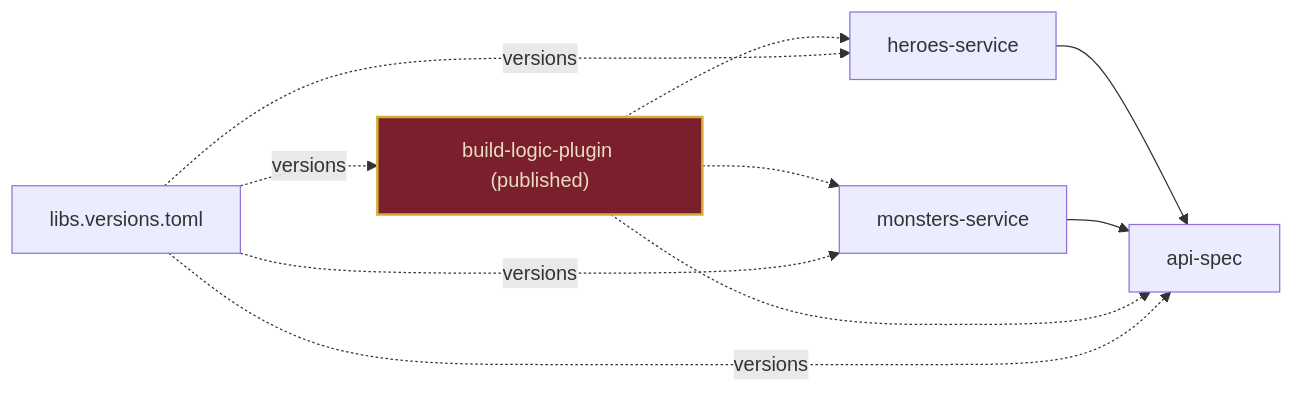
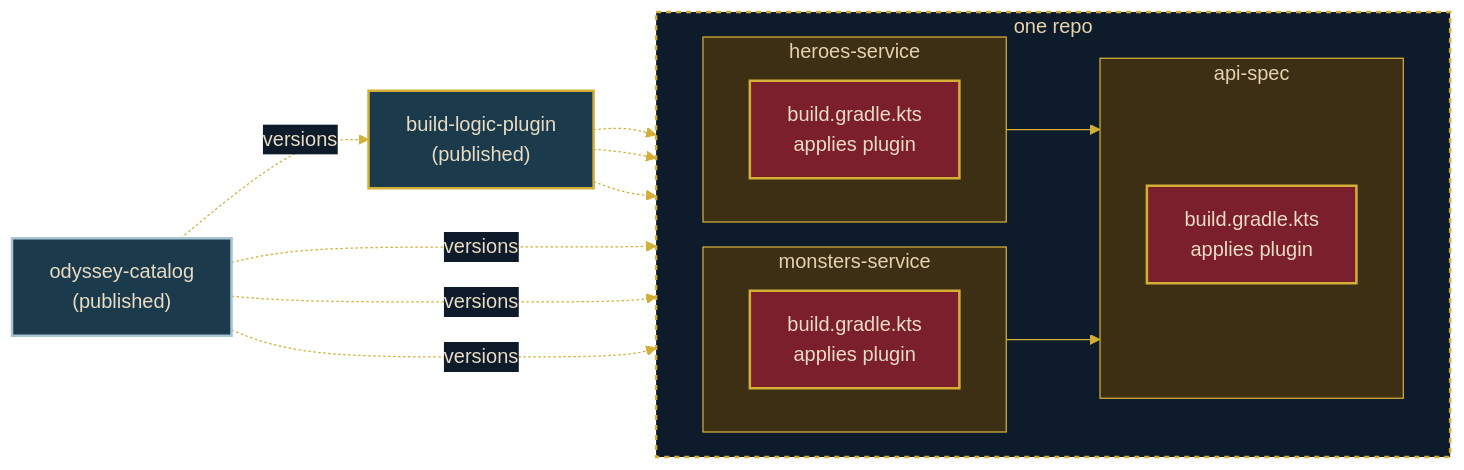
Before and after one commit to Marthijs-Berfelo/the-gradle-odyssey: the diagram in slides/pages/05-ithaca-regained.md, drawn with Mermaid. The commit also changed other lines of this file and 6 other files, not shown here.

First line of the commit message:
feat: add stage footers, journey-complete slide, and redesign schematic diagrams

````diff
--- a/slides/pages/05-ithaca-regained.md
+++ b/slides/pages/05-ithaca-regained.md
@@ -31,14 +35,41 @@
-```mermaid {theme: 'dark', scale: 0.8}
+```mermaid {scale: 0.75}
+%%{init: {'theme': 'base', 'themeVariables': {
+  'primaryColor': '#3d2f14',
+  'primaryTextColor': '#e8dcc4',
+  'primaryBorderColor': '#d4af37',
+  'lineColor': '#d4af37',
+  'edgeLabelBackground': '#0d1b2a',
+  'fontFamily': 'Georgia, serif'
+}}}%%
 flowchart LR
-    heroes["heroes-service"] --> apispec["api-spec"]
-    monsters["monsters-service"] --> apispec
-    plugin["build-logic-plugin (published)"]:::external -.-> heroes
-    plugin -.-> monsters
-    plugin -.-> apispec
-    catalog["libs.versions.toml"] -.->|versions| heroes
-    catalog -.->|versions| monsters
-    catalog -.->|versions| apispec
+    subgraph repo["one repo"]
+        direction LR
+        subgraph h["heroes-service"]
+            hb["build.gradle.kts<br/>applies plugin"]:::config
+        end
+        subgraph m["monsters-service"]
+            mb["build.gradle.kts<br/>applies plugin"]:::config
+        end
+        subgraph a["api-spec"]
+            ab["build.gradle.kts<br/>applies plugin"]:::config
+        end
+        h --> a
+        m --> a
+    end
+    plugin["build-logic-plugin<br/>(published)"]:::plugin
+    catalog["odyssey-catalog<br/>(published)"]:::catalog
+    plugin -.-> hb
+    plugin -.-> mb
+    plugin -.-> ab
+    catalog -.->|versions| hb
+    catalog -.->|versions| mb
+    catalog -.->|versions| ab
     catalog -.->|versions| plugin
-
-    classDef external fill:#7a1f2b,stroke:#d4af37,stroke-width:2px,color:#e8dcc4
+    style repo fill:#0d1b2a,stroke:#d4af37,stroke-width:2px,stroke-dasharray:4 4
+    style h fill:#3d2f14,stroke:#d4af37,stroke-width:1px
+    style m fill:#3d2f14,stroke:#d4af37,stroke-width:1px
+    style a fill:#3d2f14,stroke:#d4af37,stroke-width:1px
+    classDef config fill:#7a1f2b,stroke:#d4af37,stroke-width:2px,color:#e8dcc4
+    classDef plugin fill:#1b3a4b,stroke:#d4af37,stroke-width:2px,color:#e8dcc4
+    classDef catalog fill:#1b3a4b,stroke:#a8c5d4,stroke-width:2px,color:#e8dcc4
 ```
````
